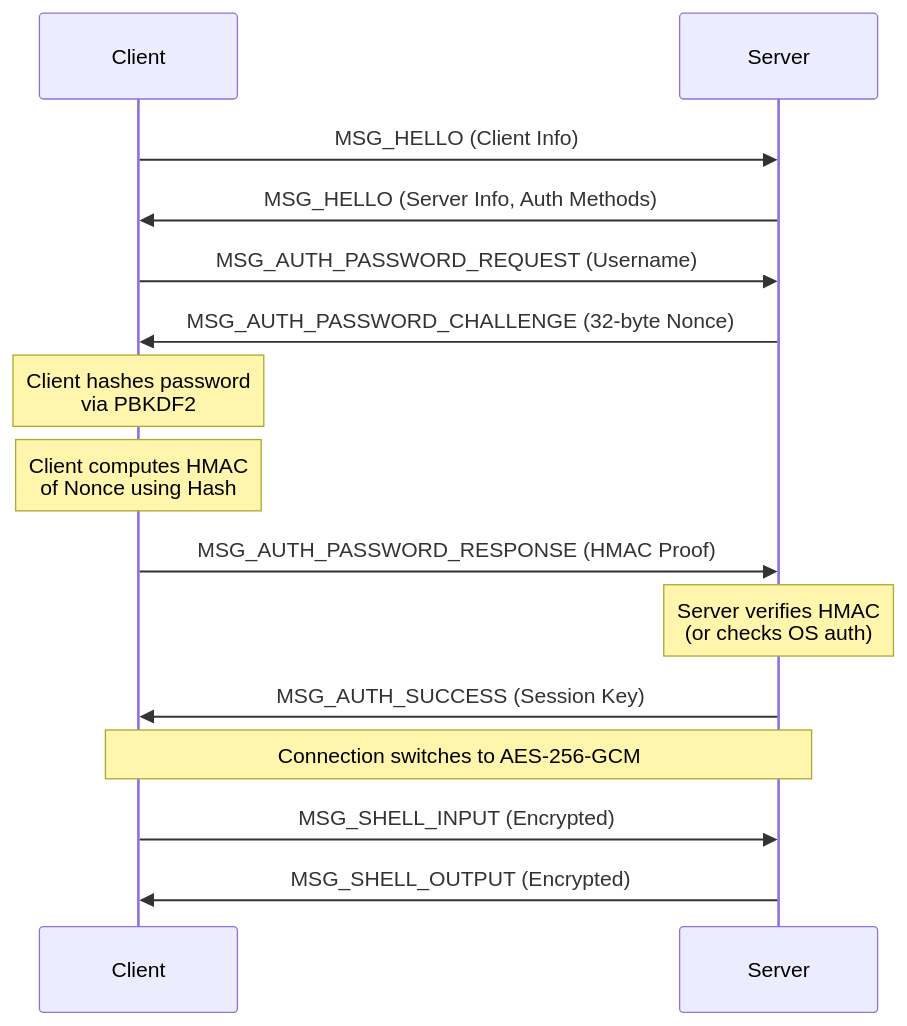
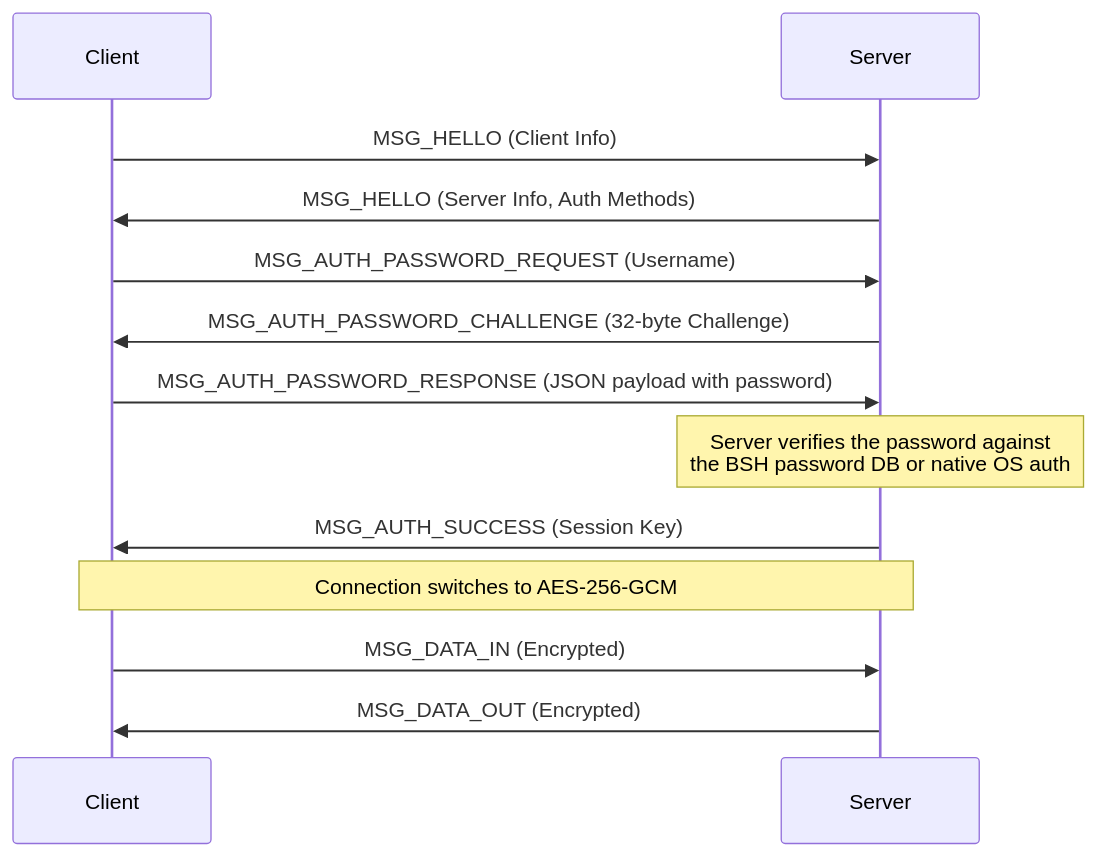
Before and after one commit to Hacker-SriDhar/OpenBSH: the second of 2 diagrams in docs/architecture.md, drawn with Mermaid. The commit also changed other lines of this file and 23 other files, not shown here.

````diff
--- a/docs/architecture.md
+++ b/docs/architecture.md
@@ -71,24 +71,20 @@
 ```mermaid
 sequenceDiagram
     participant C as Client
     participant S as Server
 
     C->>S: MSG_HELLO (Client Info)
     S->>C: MSG_HELLO (Server Info, Auth Methods)
     
     C->>S: MSG_AUTH_PASSWORD_REQUEST (Username)
-    S->>C: MSG_AUTH_PASSWORD_CHALLENGE (32-byte Nonce)
+    S->>C: MSG_AUTH_PASSWORD_CHALLENGE (32-byte Challenge)
+    C->>S: MSG_AUTH_PASSWORD_RESPONSE (JSON payload with password)
     
-    Note over C: Client hashes password<br/>via PBKDF2
-    Note over C: Client computes HMAC<br/>of Nonce using Hash
-    
-    C->>S: MSG_AUTH_PASSWORD_RESPONSE (HMAC Proof)
-    
-    Note over S: Server verifies HMAC<br/>(or checks OS auth)
+    Note over S: Server verifies the password against<br/>the BSH password DB or native OS auth
     
     S->>C: MSG_AUTH_SUCCESS (Session Key)
     
     Note over C, S: Connection switches to AES-256-GCM
-    C->>S: MSG_SHELL_INPUT (Encrypted)
-    S->>C: MSG_SHELL_OUTPUT (Encrypted)
+    C->>S: MSG_DATA_IN (Encrypted)
+    S->>C: MSG_DATA_OUT (Encrypted)
 ```
````
